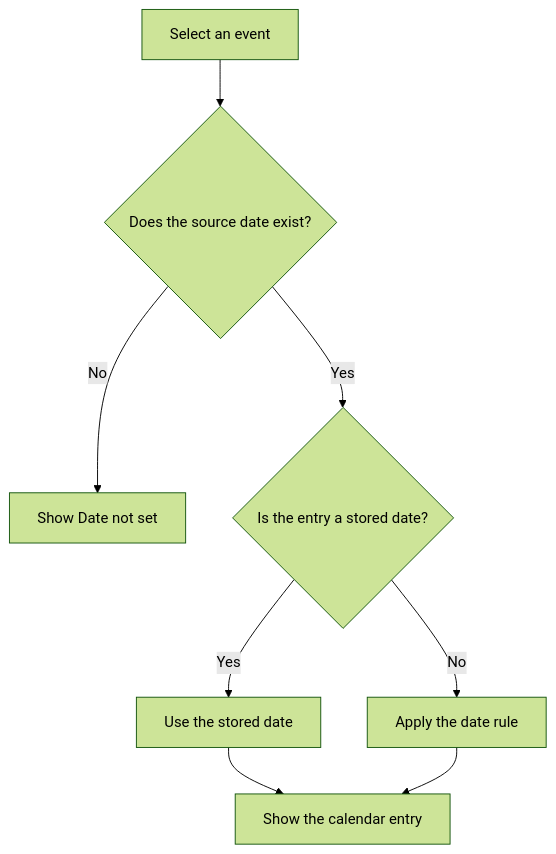
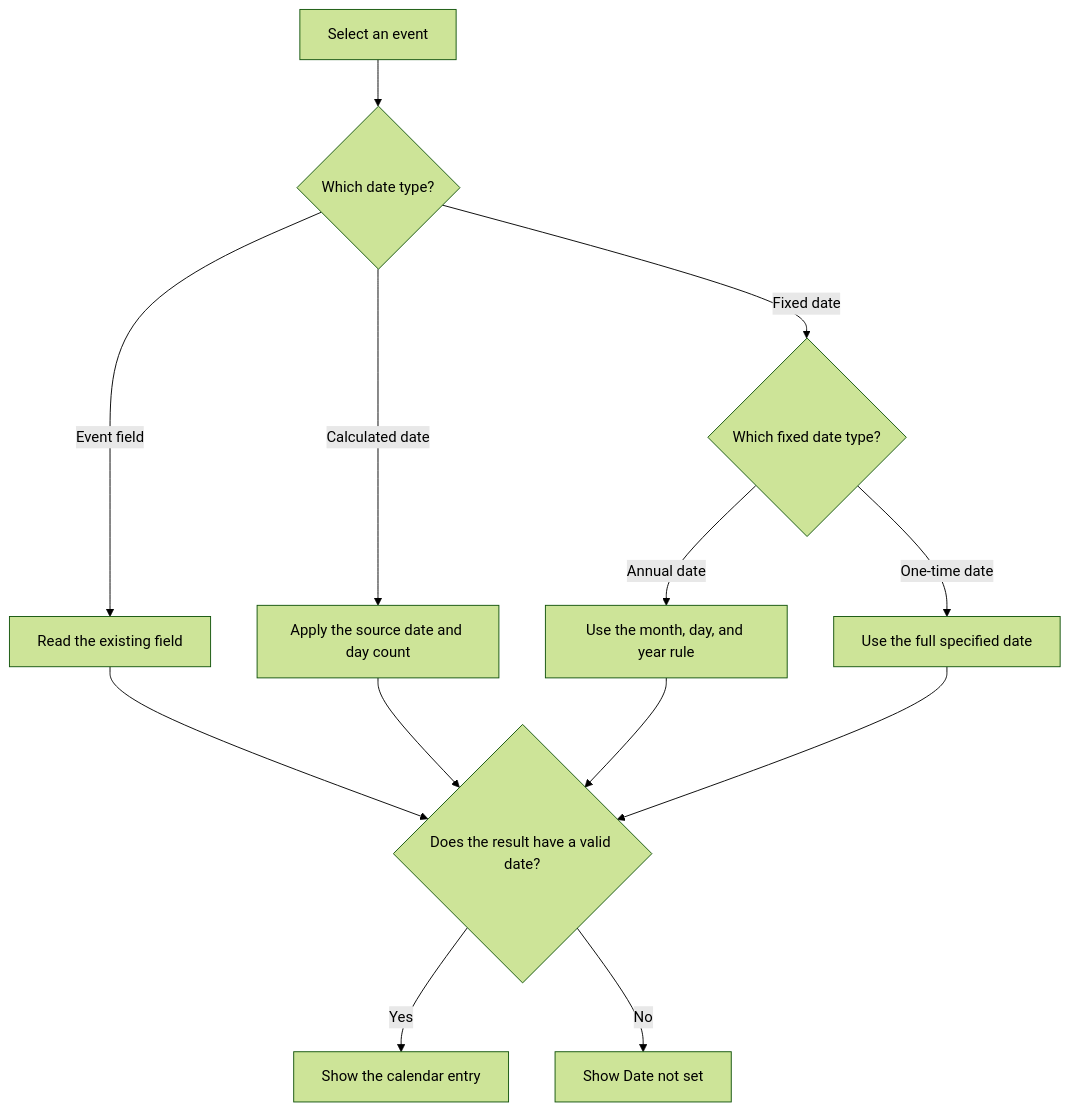
Before and after one commit to TonyFlury/GarageSale: the second of 5 diagrams in docs/design/event-calendar.md, drawn with Mermaid (forest theme). The commit also changed other lines of this file, not shown here.

Commit message:
Include fixed annual and one-time dates in the calendar design

````diff
--- a/docs/design/event-calendar.md
+++ b/docs/design/event-calendar.md
@@ -117,10 +151,15 @@
 ```mermaid
 flowchart TD
-    A[Select an event] --> B{Does the source date exist?}
-    B -->|No| C[Show Date not set]
-    B -->|Yes| D{Is the entry a stored date?}
-    D -->|Yes| E[Use the stored date]
-    D -->|No| F[Apply the date rule]
-    E --> G[Show the calendar entry]
-    F --> G
+    A[Select an event] --> B{Which date type?}
+    B -->|Event field| C[Read the existing field]
+    B -->|Fixed date| D{Which fixed date type?}
+    B -->|Calculated date| E[Apply the source date and day count]
+    D -->|Annual date| F[Use the month, day, and year rule]
+    D -->|One-time date| G[Use the full specified date]
+    C --> H{Does the result have a valid date?}
+    E --> H
+    F --> H
+    G --> H
+    H -->|Yes| I[Show the calendar entry]
+    H -->|No| J[Show Date not set]
 ```
````
